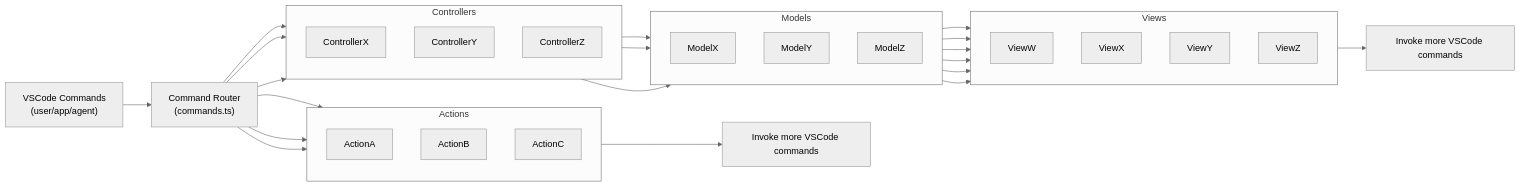
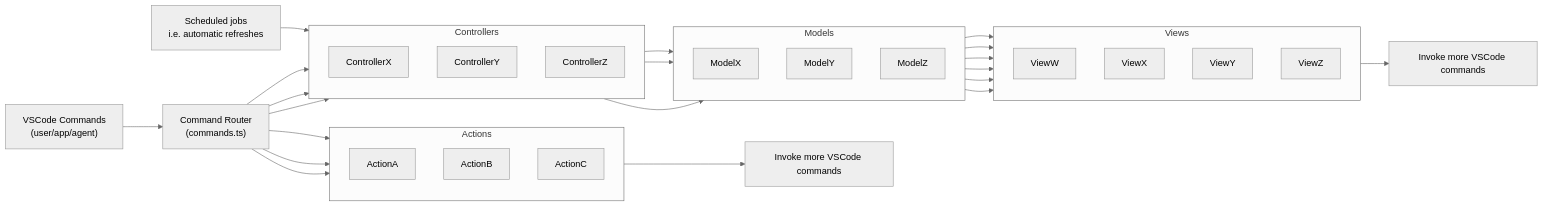
The first of 2 diagrams in docs/architecture.md (arm/vscode-topo), drawn with Mermaid (neutral theme) before and after one commit. The commit also changed other lines of this file, not shown here.

````diff
--- a/docs/architecture.md
+++ b/docs/architecture.md
@@ -7,55 +9,57 @@
 ```mermaid
 flowchart LR
     vscode["VSCode Commands<br/>(user/app/agent)"] --> router["Command Router<br/>(commands.ts)"]
 
     subgraph controllers["Controllers"]
         direction TB
         controllerX["ControllerX"]
         controllerY["ControllerY"]
         controllerZ["ControllerZ"]
     end
 
     subgraph actions["Actions"]
         direction TB
         actionA["ActionA"]
         actionB["ActionB"]
         actionC["ActionC"]
     end
 
     subgraph models["Models"]
         direction TB
         modelX["ModelX"]
         modelY["ModelY"]
         modelZ["ModelZ"]
     end
 
     subgraph views["Views"]
         direction TB
         viewW["ViewW"]
         viewX["ViewX"]
         viewY["ViewY"]
         viewZ["ViewZ"]
     end
 
+    scheduled["Scheduled jobs<br/>i.e. automatic refreshes"] --> controllerX
+
     router --> controllerX
     router --> controllerY
     router --> controllerZ
 
     router --> actionA
     router --> actionB
     router --> actionC
 
     controllerX --> modelX
     controllerY --> modelY
     controllerZ --> modelZ
 
     modelX --> viewW
     modelX --> viewX
     modelY --> viewX
     modelY --> viewY
     modelZ --> viewY
     modelZ --> viewZ
 
     actionB --> fireVscode1["Invoke more VSCode commands"]
     viewY --> fireVscode2["Invoke more VSCode commands"]
 ```
````
